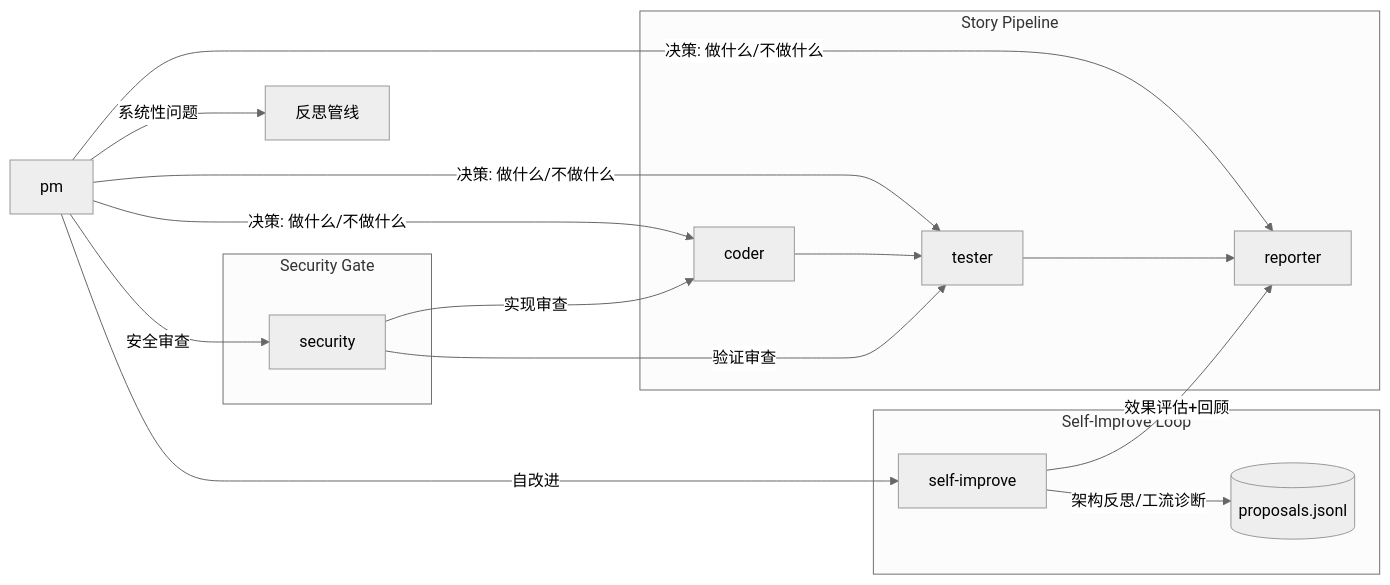
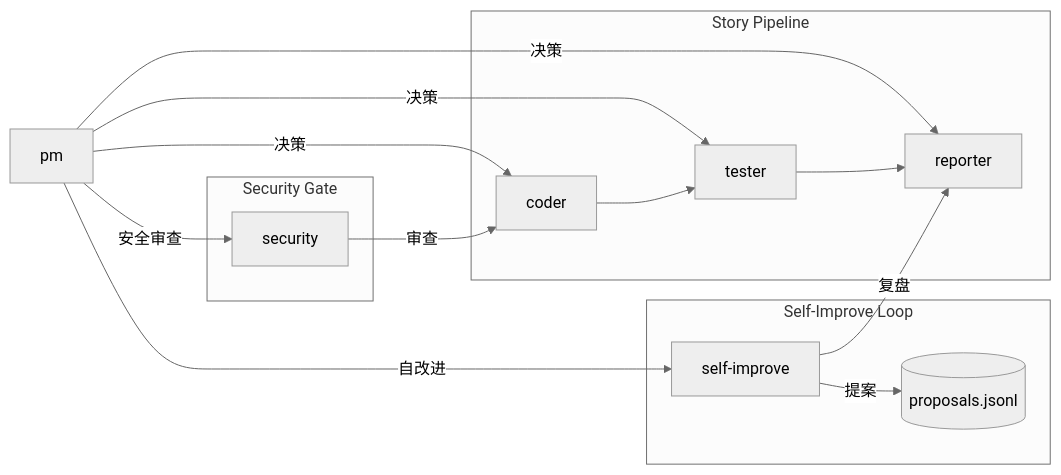
The diagram in agents/AGENT.md (effiy/YrY), drawn with Mermaid (neutral theme) before and after one commit. The commit also changed other lines of this file and 56 other files, not shown here.

````diff
--- a/agents/AGENT.md
+++ b/agents/AGENT.md
@@ -5,21 +5,19 @@
 ```mermaid
 graph LR
-    pm -->|决策: 做什么/不做什么| coder
-    pm -->|决策: 做什么/不做什么| tester
-    pm -->|决策: 做什么/不做什么| reporter
-    pm -->|系统性问题| S_REFLECT["反思管线"]
+    pm -->|决策| coder
+    pm -->|决策| tester
+    pm -->|决策| reporter
     pm -->|安全审查| security
     pm -->|自改进| self_improve["self-improve"]
 
     subgraph "Story Pipeline"
         coder --> tester --> reporter
     end
     subgraph "Security Gate"
-        security -->|实现审查| coder
-        security -->|验证审查| tester
+        security -->|审查| coder
     end
     subgraph "Self-Improve Loop"
-        self_improve -->|架构反思/工流诊断| STORE[("proposals.jsonl")]
-        self_improve -->|效果评估+回顾| reporter
+        self_improve -->|提案| STORE[("proposals.jsonl")]
+        self_improve -->|复盘| reporter
     end
 ```
````
